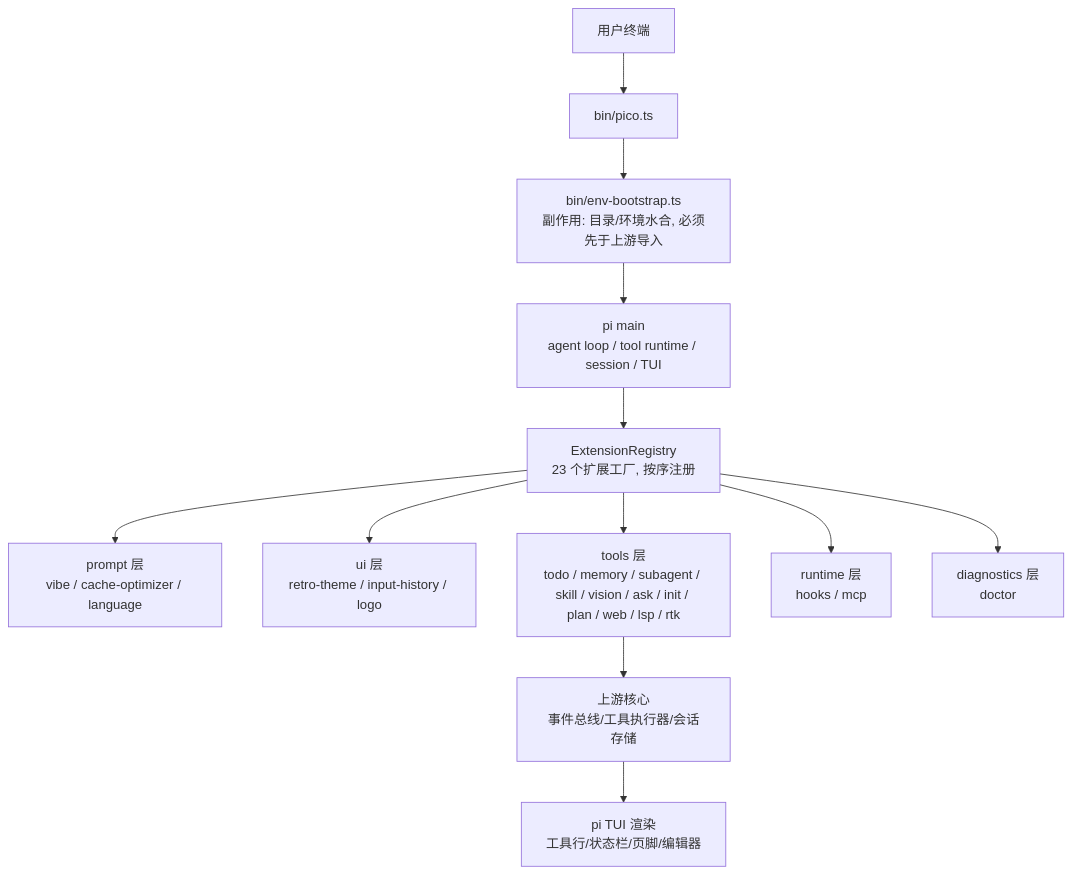
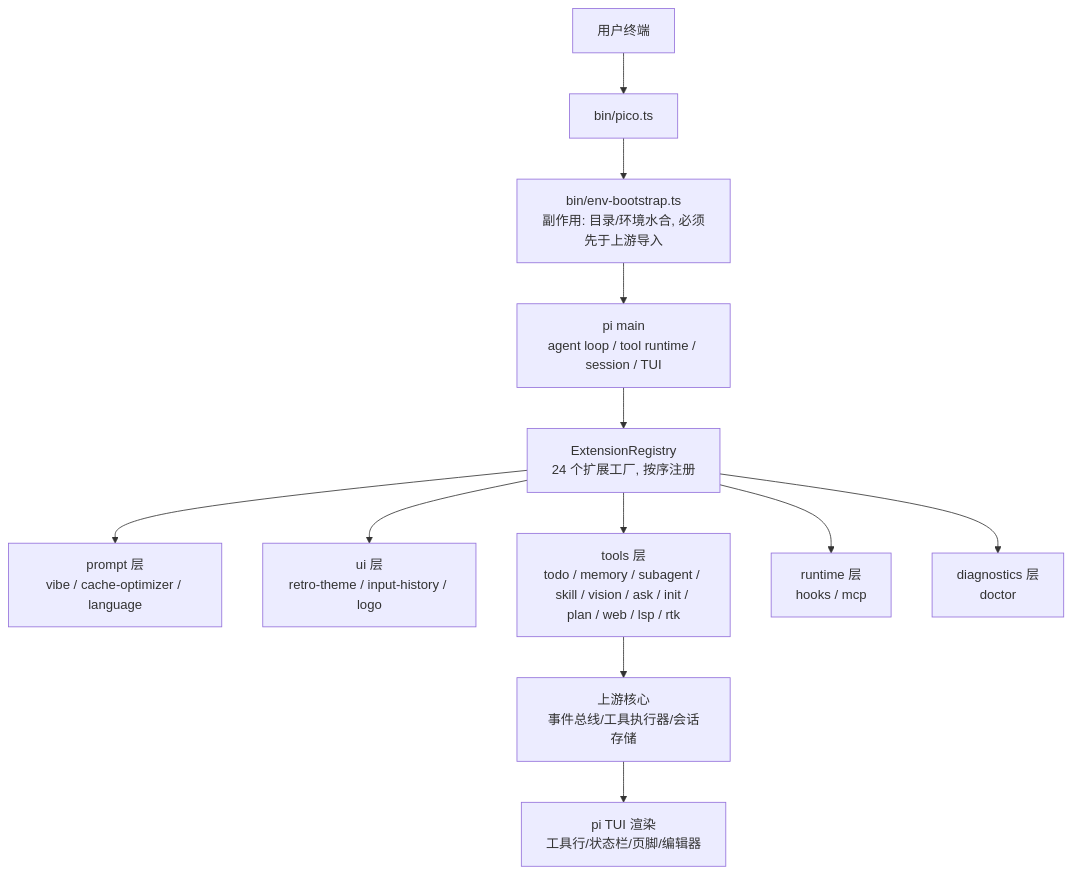
The first of 5 diagrams in docs/internal-tech-review.md (sswym/pico), drawn with Mermaid before and after one commit. The commit also changed other lines of this file and 19 other files, not shown here.

````diff
--- a/docs/internal-tech-review.md
+++ b/docs/internal-tech-review.md
@@ -38,14 +38,14 @@
 ```mermaid
 flowchart TD
     U[用户终端] --> BIN[bin/pico.ts]
     BIN --> BOOT[bin/env-bootstrap.ts<br/>副作用: 目录/环境水合, 必须先于上游导入]
     BOOT --> MAIN[pi main<br/>agent loop / tool runtime / session / TUI]
-    MAIN --> REG[ExtensionRegistry<br/>23 个扩展工厂, 按序注册]
+    MAIN --> REG[ExtensionRegistry<br/>24 个扩展工厂, 按序注册]
     REG --> E1[prompt 层<br/>vibe / cache-optimizer / language]
     REG --> E2[ui 层<br/>retro-theme / input-history / logo]
     REG --> E3[tools 层<br/>todo / memory / subagent / skill / vision / ask / init / plan / web / lsp / rtk]
     REG --> E4[runtime 层<br/>hooks / mcp]
     REG --> E5[diagnostics 层<br/>doctor]
     E3 --> CORE[上游核心<br/>事件总线/工具执行器/会话存储]
     CORE --> TUI[pi TUI 渲染<br/>工具行/状态栏/页脚/编辑器]
 ```
````
